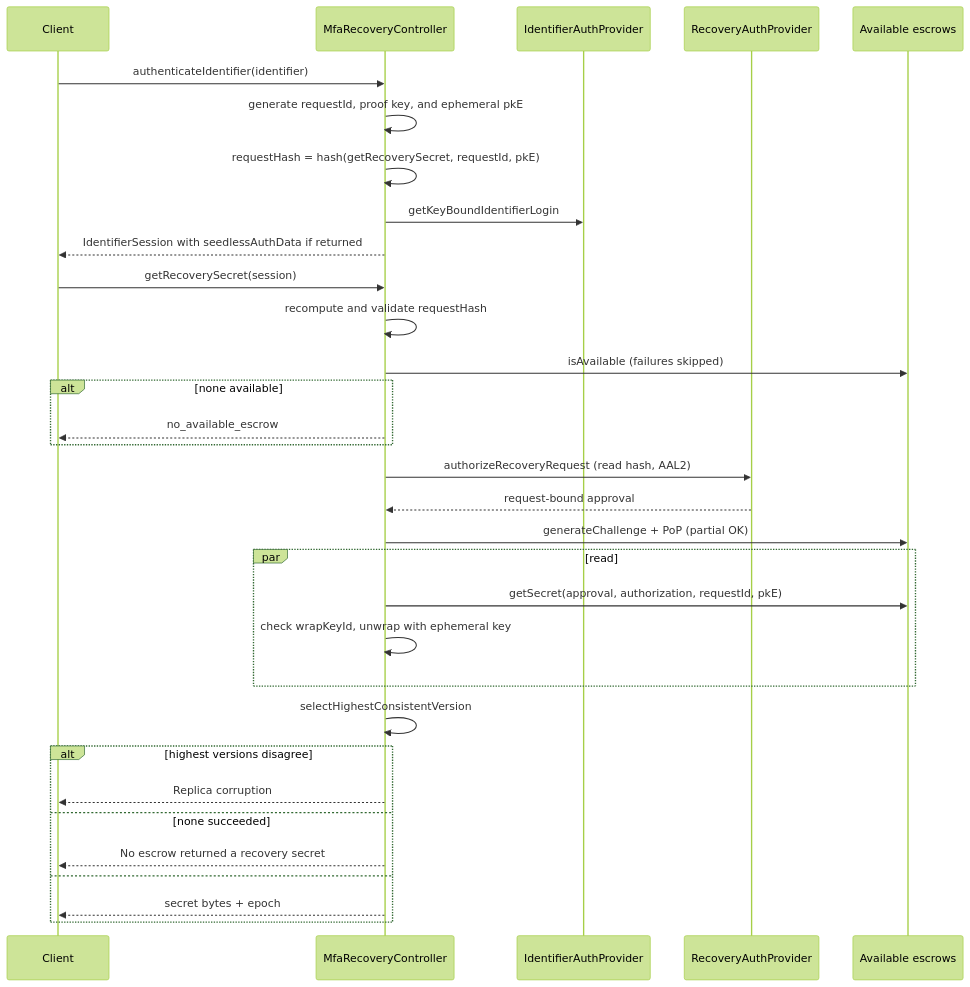
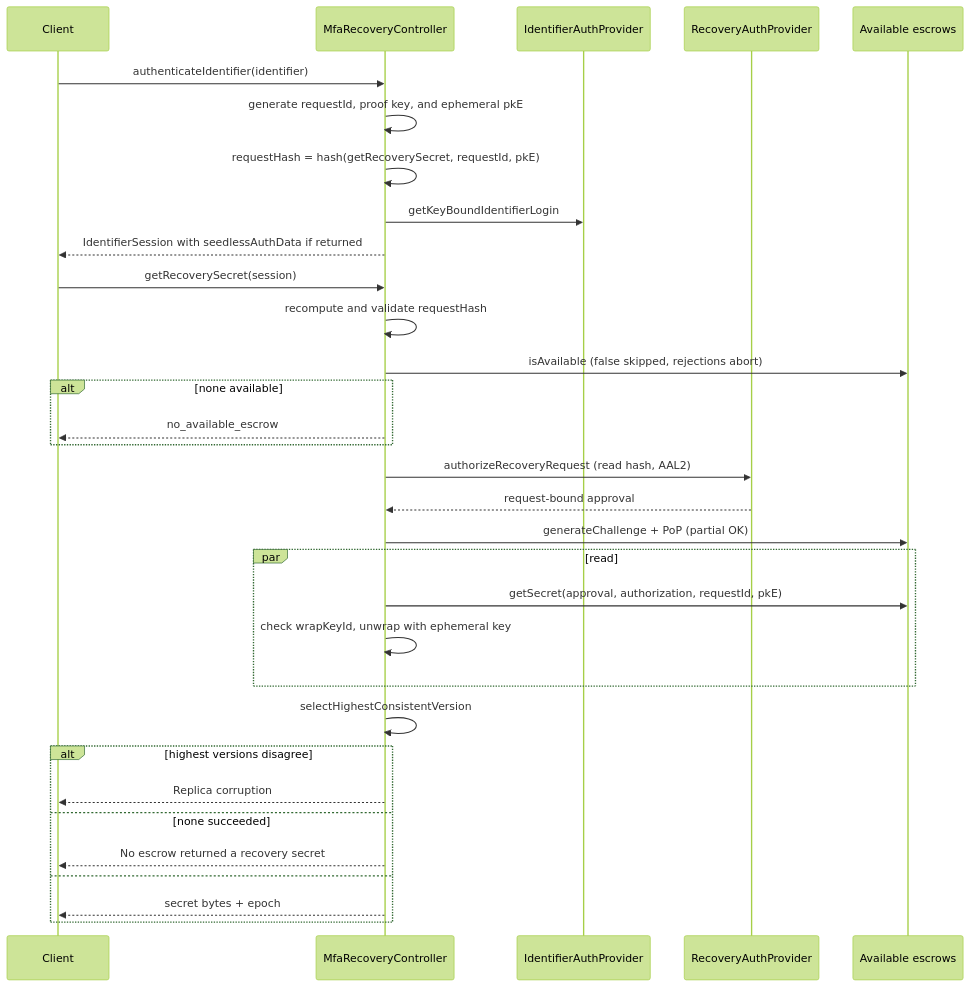
Before and after one commit to MetaMask/core: the fourth of 5 diagrams in packages/mfa-recovery-controller/ARCHITECTURE.md, drawn with Mermaid (forest theme). The commit also changed other lines of this file and 5 other files, not shown here.

````diff
--- a/packages/mfa-recovery-controller/ARCHITECTURE.md
+++ b/packages/mfa-recovery-controller/ARCHITECTURE.md
@@ -301,35 +303,35 @@
 ```mermaid
 sequenceDiagram
   participant C as Client
   participant M as MfaRecoveryController
   participant I as IdentifierAuthProvider
   participant A as RecoveryAuthProvider
   participant E as Available escrows
 
   C->>M: authenticateIdentifier(identifier)
   M->>M: generate requestId, proof key, and ephemeral pkE
   M->>M: requestHash = hash(getRecoverySecret, requestId, pkE)
   M->>I: getKeyBoundIdentifierLogin
   M-->>C: IdentifierSession with seedlessAuthData if returned
   C->>M: getRecoverySecret(session)
   M->>M: recompute and validate requestHash
-  M->>E: isAvailable (failures skipped)
+  M->>E: isAvailable (false skipped, rejections abort)
   alt none available
     M-->>C: no_available_escrow
   end
   M->>A: authorizeRecoveryRequest (read hash, AAL2)
   A-->>M: request-bound approval
   M->>E: generateChallenge + PoP (partial OK)
   par read
     M->>E: getSecret(approval, authorization, requestId, pkE)
     M->>M: check wrapKeyId, unwrap with ephemeral key
   end
   M->>M: selectHighestConsistentVersion
   alt highest versions disagree
     M-->>C: Replica corruption
   else none succeeded
     M-->>C: No escrow returned a recovery secret
   else
     M-->>C: secret bytes + epoch
   end
 ```
````
